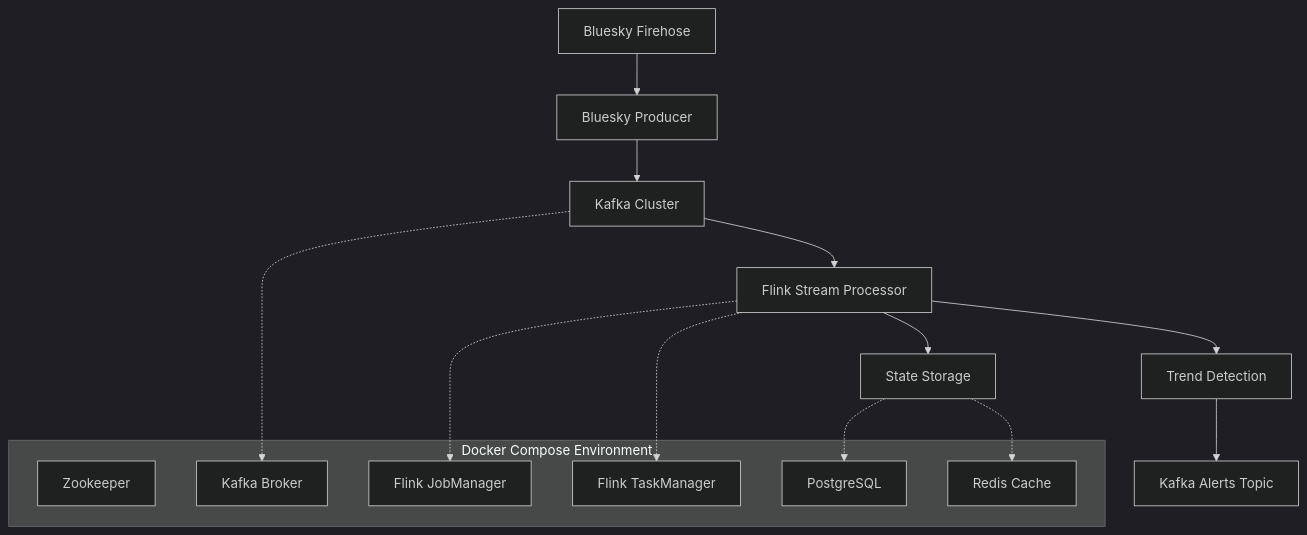
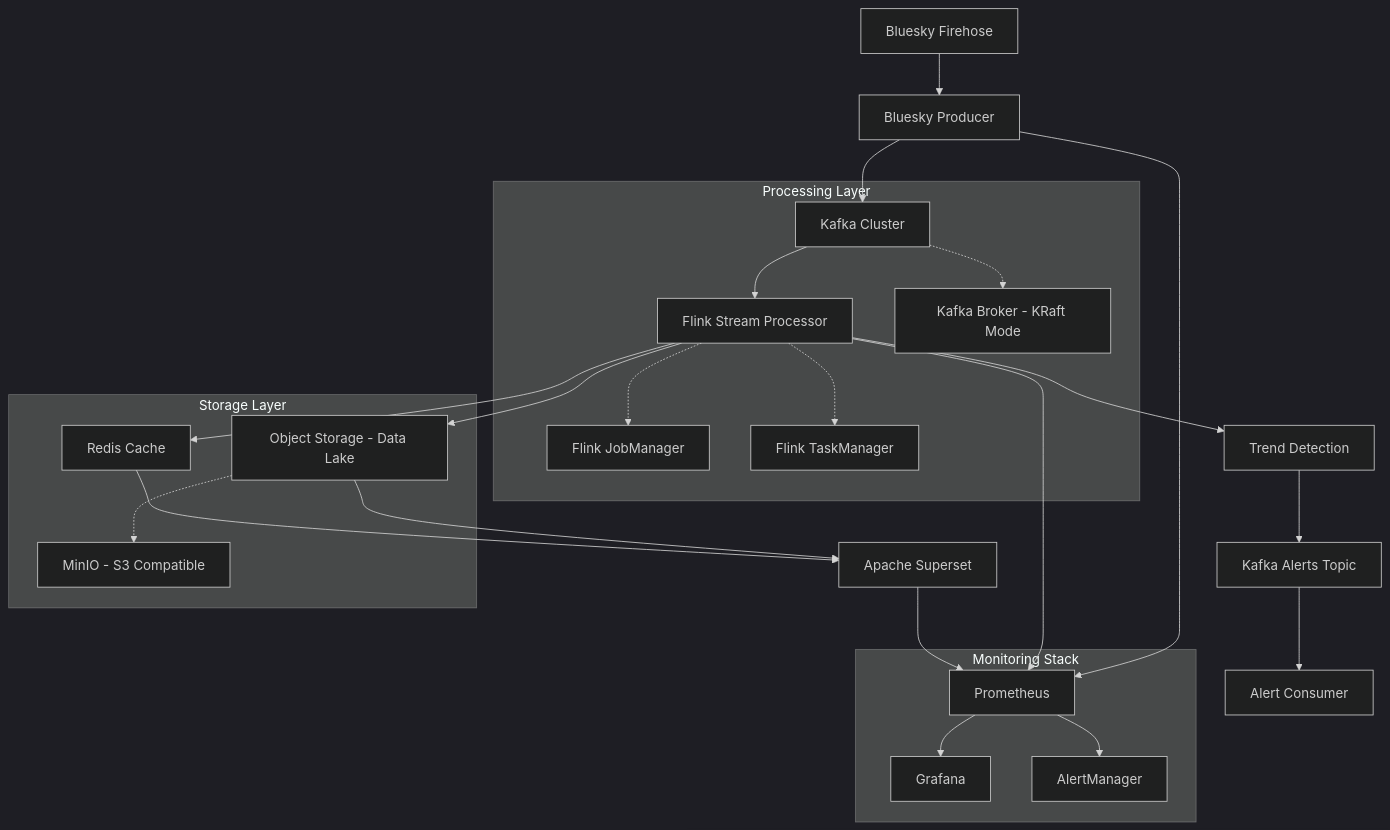
One commit to dedyoc/vibe changed the diagram in .kiro/specs/bluesky-streaming-pipeline/design.md. Above: the diagram before and after it, drawn with Mermaid (dark theme). The commit also changed other lines of this file and 2 other files, not shown here.

````diff
--- a/.kiro/specs/bluesky-streaming-pipeline/design.md
+++ b/.kiro/specs/bluesky-streaming-pipeline/design.md
@@ -11,24 +11,45 @@
 ```mermaid
 graph TB
     A[Bluesky Firehose] --> B[Bluesky Producer]
     B --> C[Kafka Cluster]
     C --> D[Flink Stream Processor]
     D --> E[Trend Detection]
     E --> F[Kafka Alerts Topic]
-    D --> G[State Storage]
+    D --> G[Object Storage - Data Lake]
+    D --> H[Redis Cache]
     
-    subgraph "Docker Compose Environment"
-        H[Zookeeper]
-        I[Kafka Broker]
-        J[Flink JobManager]
-        K[Flink TaskManager]
-        L[PostgreSQL]
-        M[Redis Cache]
+    G --> I[Apache Superset]
+    H --> I
+    F --> J[Alert Consumer]
+    
+    subgraph "Monitoring Stack"
+        K[Prometheus]
+        L[Grafana]
+        M[AlertManager]
     end
     
-    C -.-> I
-    D -.-> J
-    D -.-> K
-    G -.-> L
-    G -.-> M
+    subgraph "Storage Layer"
+        G
+        H
+        N[MinIO - S3 Compatible]
+    end
+    
+    subgraph "Processing Layer"
+        C
+        D
+        O[Kafka Broker - KRaft Mode]
+        P[Flink JobManager]
+        Q[Flink TaskManager]
+    end
+    
+    C -.-> O
+    D -.-> P
+    D -.-> Q
+    G -.-> N
+    
+    B --> K
+    D --> K
+    I --> K
+    K --> L
+    K --> M
 ```
````
